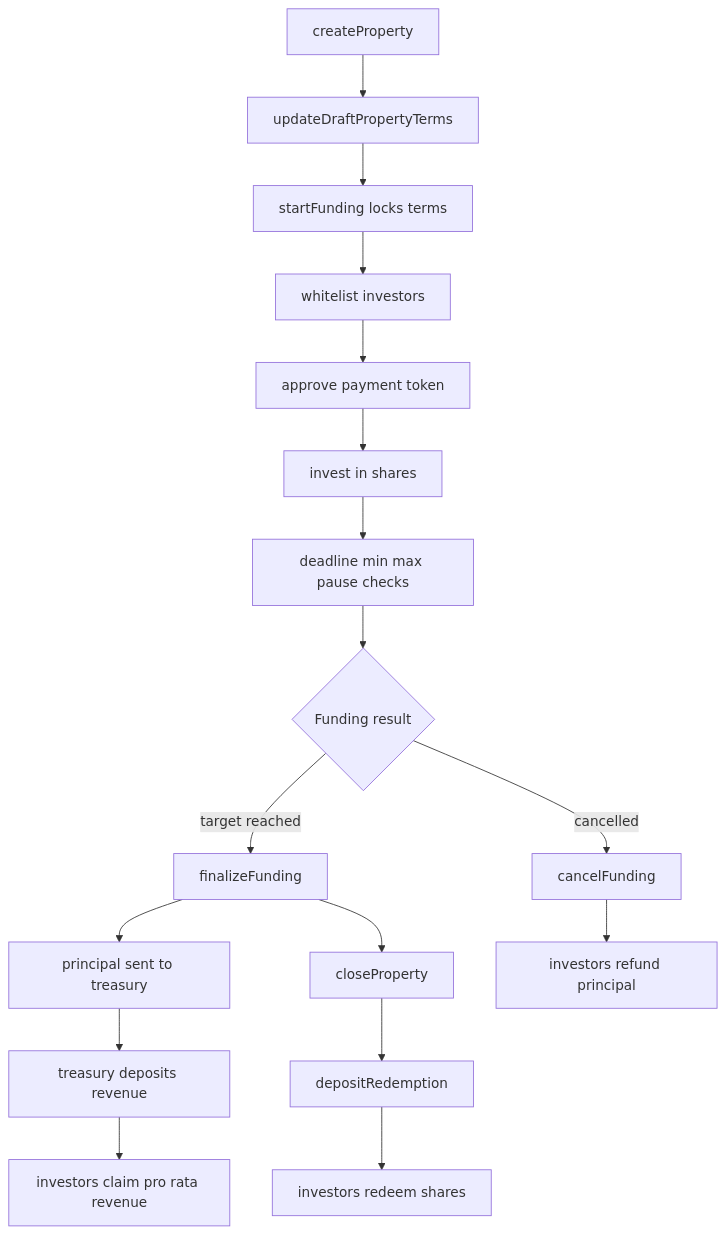
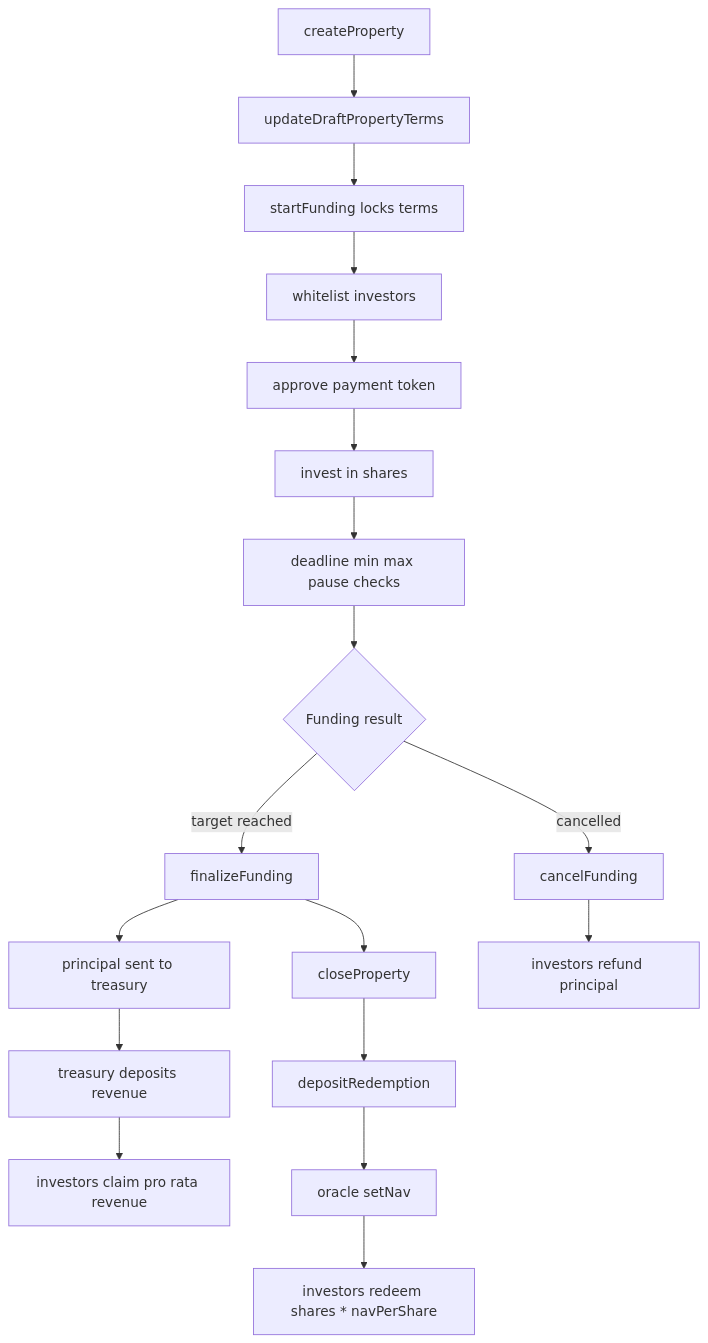
One commit to huichain/royalcity-contracts changed the fourth of 4 diagrams in README.md. Above: the diagram before and after it, drawn with Mermaid. The commit also changed other lines of this file, not shown here.

Commit message:
Document the KYC tiers and standalone NAV oracle in the README.

````diff
--- a/README.md
+++ b/README.md
@@ -232,19 +235,20 @@
 ```mermaid
 flowchart TD
   Create["createProperty"] --> DraftUpdate["updateDraftPropertyTerms"]
   DraftUpdate --> Start["startFunding locks terms"]
   Start --> Whitelist["whitelist investors"]
   Whitelist --> Approve["approve payment token"]
   Approve --> Invest["invest in shares"]
   Invest --> Guards["deadline min max pause checks"]
   Guards --> Decision{"Funding result"}
   Decision -->|"target reached"| Finalize["finalizeFunding"]
   Decision -->|"cancelled"| Cancel["cancelFunding"]
   Finalize --> Principal["principal sent to treasury"]
   Principal --> Revenue["treasury deposits revenue"]
   Revenue --> Claim["investors claim pro rata revenue"]
   Finalize --> Close["closeProperty"]
   Close --> RedeemDeposit["depositRedemption"]
-  RedeemDeposit --> Redeem["investors redeem shares"]
+  RedeemDeposit --> SetNav["oracle setNav"]
+  SetNav --> Redeem["investors redeem shares * navPerShare"]
   Cancel --> Refund["investors refund principal"]
 ```
````
